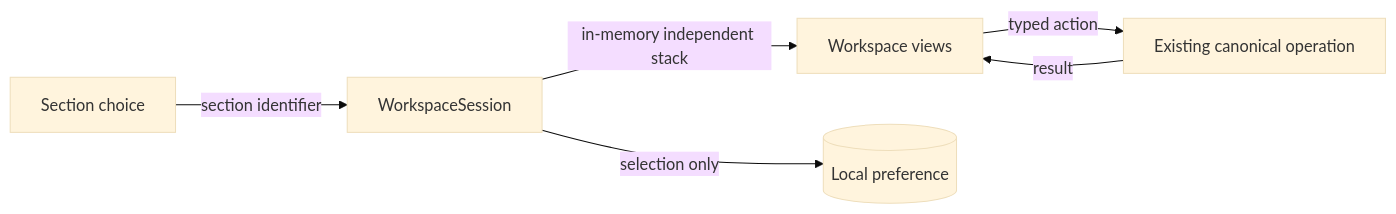
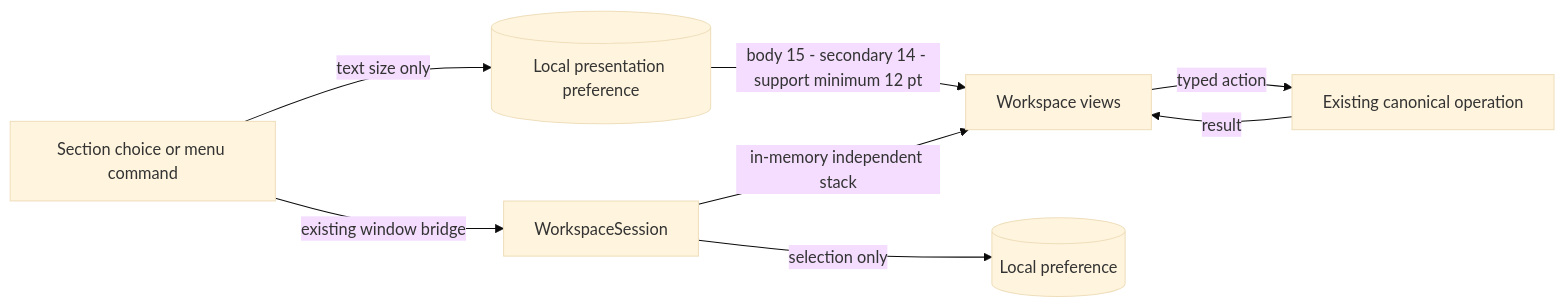
Before and after one commit to SirsiMaster/sirsi-pantheon: diagram 11 of 43 in docs/stacklab/pantheon-pt/canon/DIAGRAMS_RUNTIME_NATIVE.md, drawn with Mermaid (base theme). The commit also changed other lines of this file and 61 other files, not shown here.

````diff
--- a/docs/stacklab/pantheon-pt/canon/DIAGRAMS_RUNTIME_NATIVE.md
+++ b/docs/stacklab/pantheon-pt/canon/DIAGRAMS_RUNTIME_NATIVE.md
@@ -147,8 +149,10 @@
 ```mermaid
 flowchart LR
-  USER[Section choice] -->|section identifier| SESSION[WorkspaceSession]
+  USER[Section choice or menu command] -->|existing window bridge| SESSION[WorkspaceSession]
+  USER -->|text size only| TYPE[(Local presentation preference)]
+  TYPE -->|body 15 - secondary 14 - support minimum 12 pt| VIEW[Workspace views]
   SESSION -->|in-memory independent stack| VIEW[Workspace views]
   SESSION -->|selection only| PREF[(Local preference)]
   VIEW -->|typed action| ENGINE[Existing canonical operation]
   ENGINE -->|result| VIEW
 ```
````
